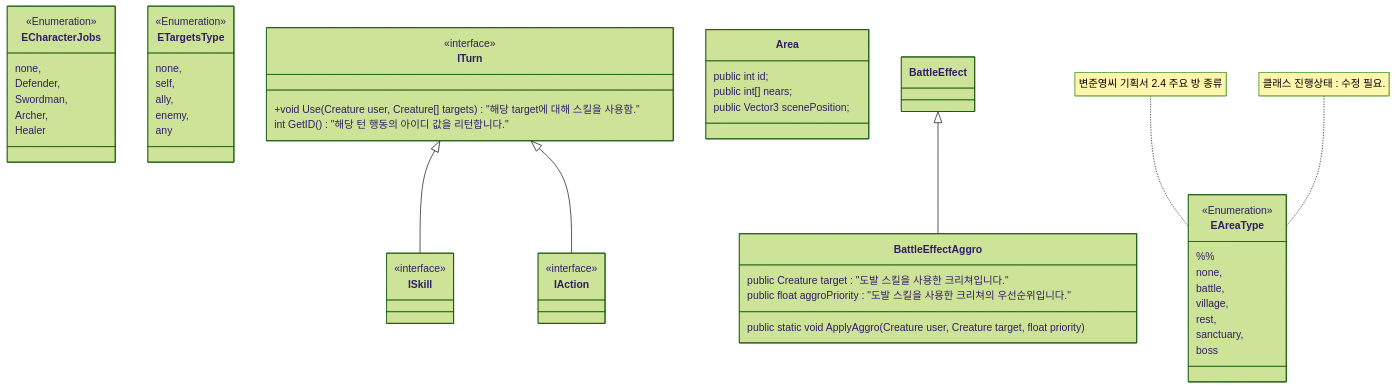
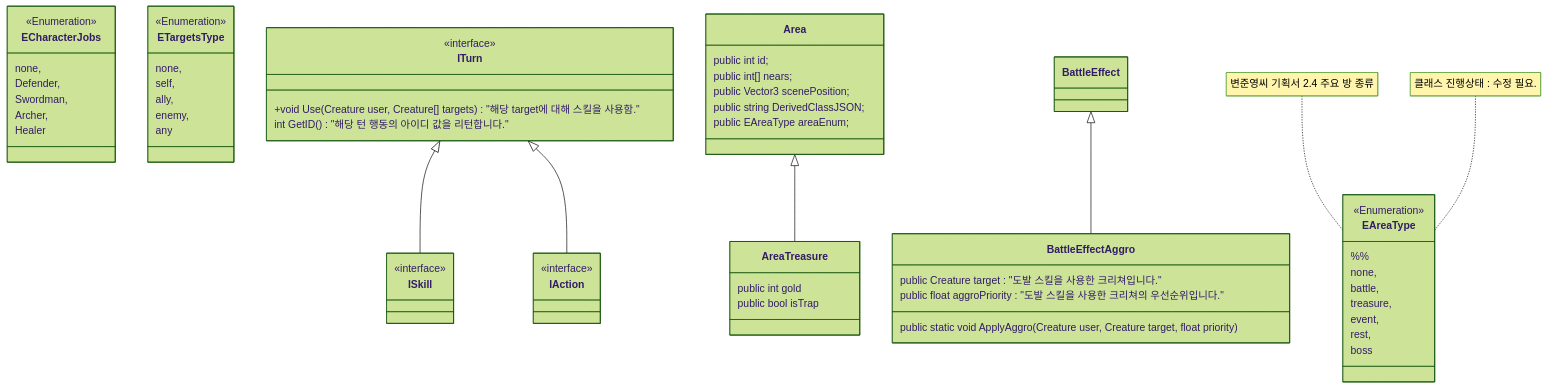
The diagram in FreeLecture/T팀용 공개 문서/2024/Team Null/클래스 구조도/Team Null - 클래스 UML.md (chocokart2/PublicObsidian), drawn with Mermaid (forest theme) before and after one commit. The commit also changed 2 other files, not shown here.

````diff
--- a/FreeLecture/T팀용 공개 문서/2024/Team Null/클래스 구조도/Team Null - 클래스 UML.md
+++ b/FreeLecture/T팀용 공개 문서/2024/Team Null/클래스 구조도/Team Null - 클래스 UML.md
@@ -35,71 +35,78 @@
 ```mermaid
 classDiagram
     class EAreaType { %% 
 	    <<Enumeration>>
 	    none,
 	    battle,
-	    
-	    village,
+	    treasure,
+	    event,
 	    rest,
-	    sanctuary,
-
 	    boss
     }
     note for EAreaType "변준영씨 기획서 2.4 주요 방 종류"
     note for EAreaType "클래스 진행상태 : 수정 필요."
 
     class ECharacterJobs {
 	    <<Enumeration>>
 	    none,
 	    Defender,
 	    Swordman,
 	    Archer,
 	    Healer
     }
     
     class ETargetsType {
 	    <<Enumeration>>
 	    none,
 	    self,
 	    ally,
 	    enemy,
 	    any
     }
 
     class ITurn {
 	    <<interface>>
 	    +void Use(Creature user, Creature[] targets) "해당 target에 대해 스킬을 사용함."
 	    int GetID() "해당 턴 행동의 아이디 값을 리턴합니다."
     }
 
     class ISkill {
 	    <<interface>>
     }
 ITurn <|-- ISkill
 
     class IAction {
 	    <<interface>>
 	    
     }
 ITurn <|-- IAction
 
     class Area {
 	    public int id;
 	    public int[] nears;
 	    public Vector3 scenePosition;
-	    
+	    public string DerivedClassJSON; 
+	    public EAreaType areaEnum;
     }
+
+
+
+    class AreaTreasure {
+	    public int gold
+	    public bool isTrap
+    }
+Area <|-- AreaTreasure
 
     class BattleEffect {
 	    
 	    
     }
 
 	class BattleEffectAggro {
 		public Creature target : "도발 스킬을 사용한 크리쳐입니다."
 		public float aggroPriority : "도발 스킬을 사용한 크리쳐의 우선순위입니다."
 		public static void ApplyAggro(Creature user, Creature target, float priority)
 	}
 BattleEffect <|-- BattleEffectAggro
 
 ```
````
